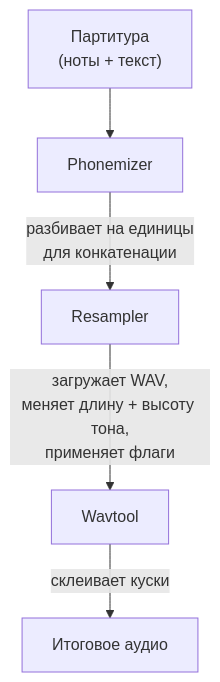
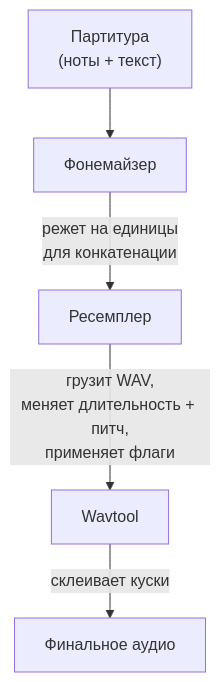
The second of 2 diagrams in public/articles/ru/utau.md (fox3000foxy/fox3000foxy.github.io), drawn with Mermaid before and after one commit. The commit also changed other lines of this file and 576 other files, not shown here.

````diff
--- a/public/articles/ru/utau.md
+++ b/public/articles/ru/utau.md
@@ -118,7 +118,7 @@
 ```mermaid
 flowchart TD
-    A["Партитура<br/>(ноты + текст)"] --> B[Phonemizer]
-    B -->|"разбивает на единицы<br/>для конкатенации"| C[Resampler]
-    C -->|"загружает WAV,<br/>меняет длину + высоту тона,<br/>применяет флаги"| D[Wavtool]
-    D -->|"склеивает куски"| E["Итоговое аудио"]
+    A["Партитура<br/>(ноты + текст)"] --> B[Фонемайзер]
+    B -->|"режет на единицы<br/>для конкатенации"| C[Ресемплер]
+    C -->|"грузит WAV,<br/>меняет длительность + питч,<br/>применяет флаги"| D[Wavtool]
+    D -->|"склеивает куски"| E["Финальное аудио"]
 ```
````
